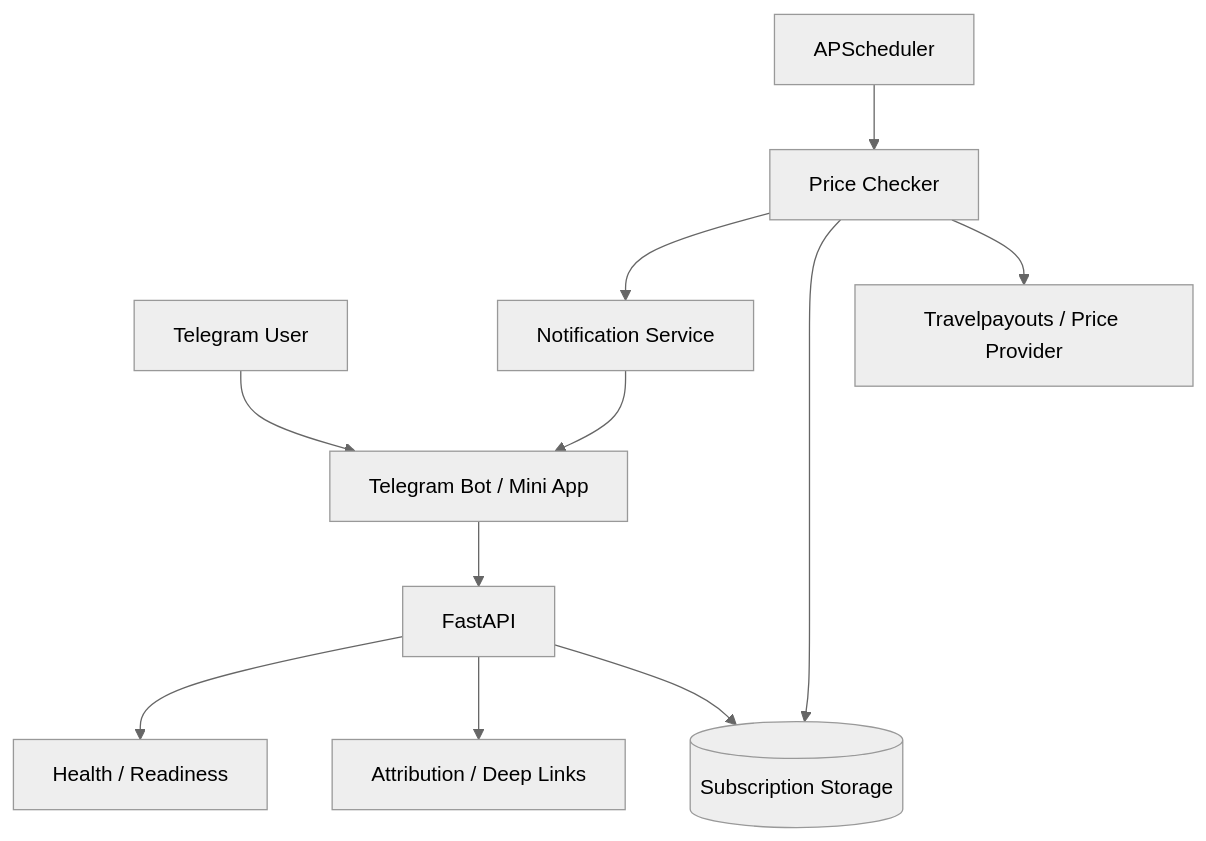
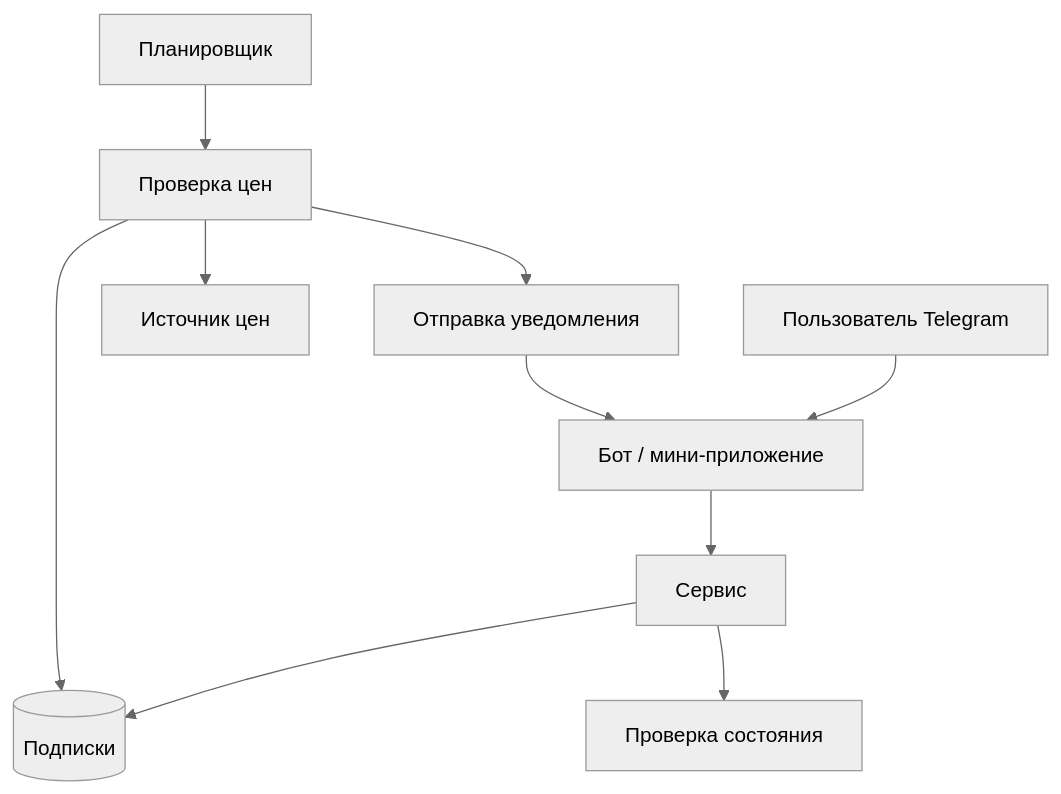
One commit to kirillq2098/kirillq2098 changed the third of 5 diagrams in docs/ARCHITECTURE.md. Above: the diagram before and after it, drawn with Mermaid (neutral theme). The commit also changed other lines of this file, not shown here.

Commit message:
docs: explain system architecture in plain Russian

````diff
--- a/docs/ARCHITECTURE.md
+++ b/docs/ARCHITECTURE.md
@@ -61,13 +62,12 @@
 ```mermaid
 graph TB
-    U[Telegram User] --> TG[Telegram Bot / Mini App]
-    TG --> API[FastAPI]
-    API --> DB[(Subscription Storage)]
-    SCH[APScheduler] --> CHECK[Price Checker]
-    CHECK --> P[Travelpayouts / Price Provider]
+    U[Пользователь Telegram] --> TG[Бот / мини-приложение]
+    TG --> API[Сервис]
+    API --> DB[(Подписки)]
+    SCH[Планировщик] --> CHECK[Проверка цен]
+    CHECK --> P[Источник цен]
     CHECK --> DB
-    CHECK --> N[Notification Service]
+    CHECK --> N[Отправка уведомления]
     N --> TG
-    API --> ATTR[Attribution / Deep Links]
-    API --> HEALTH[Health / Readiness]
+    API --> HEALTH[Проверка состояния]
 ```
````
